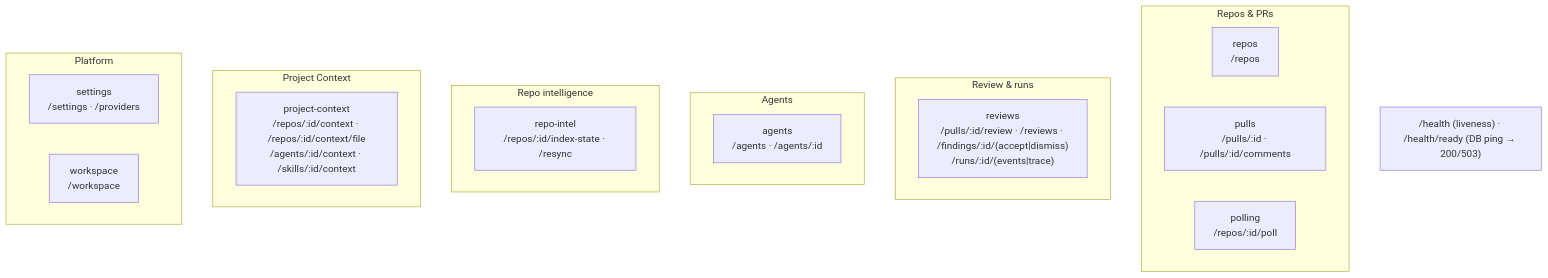
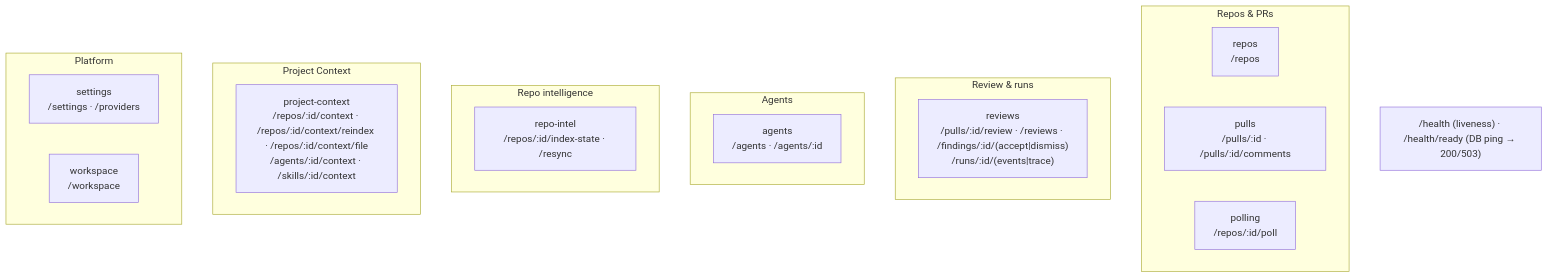
The second of 2 diagrams in server/README.md (MShcherbyna/dev-digest), drawn with Mermaid before and after one commit. The commit also changed other lines of this file and 56 other files, not shown here.

Commit message:
L05-homework-fix: add Project Context index (file manifest + chunks) with POST /repos/:id/context/reindex

````diff
--- a/server/README.md
+++ b/server/README.md
@@ -64,25 +64,25 @@
 ```mermaid
 flowchart TB
   subgraph Repos_PRs["Repos & PRs"]
     repos["repos<br/>/repos"]
     pulls["pulls<br/>/pulls/:id · /pulls/:id/comments"]
     polling["polling<br/>/repos/:id/poll"]
   end
   subgraph Review["Review & runs"]
     reviews["reviews<br/>/pulls/:id/review · /reviews · /findings/:id/(accept|dismiss)<br/>/runs/:id/(events|trace)"]
   end
   subgraph Agents["Agents"]
     agents["agents<br/>/agents · /agents/:id"]
   end
   subgraph Intel["Repo intelligence"]
     repoIntel["repo-intel<br/>/repos/:id/index-state · /resync"]
   end
   subgraph Context["Project Context"]
-    projectContext["project-context<br/>/repos/:id/context · /repos/:id/context/file<br/>/agents/:id/context · /skills/:id/context"]
+    projectContext["project-context<br/>/repos/:id/context · /repos/:id/context/reindex · /repos/:id/context/file<br/>/agents/:id/context · /skills/:id/context"]
   end
   subgraph Platform["Platform"]
     settings["settings<br/>/settings · /providers"]
     workspace["workspace<br/>/workspace"]
   end
   HEALTH["/health (liveness) · /health/ready (DB ping → 200/503)"]
 ```
````
